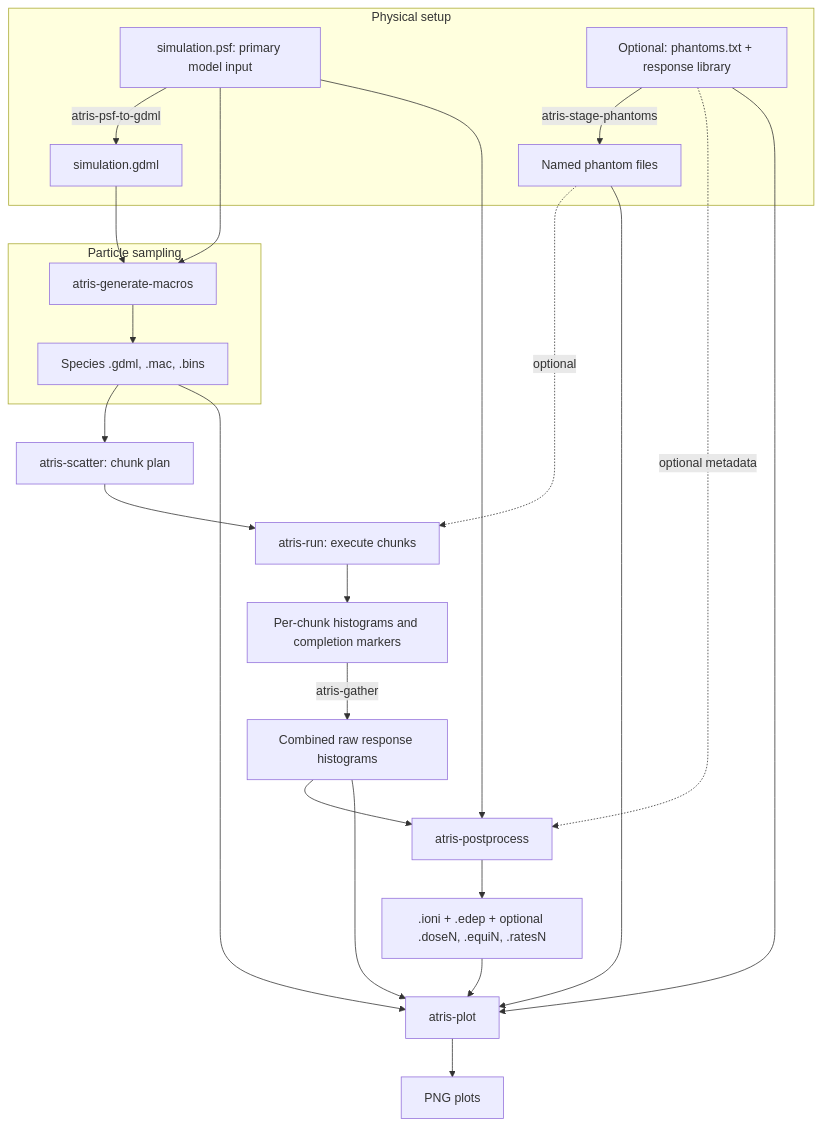
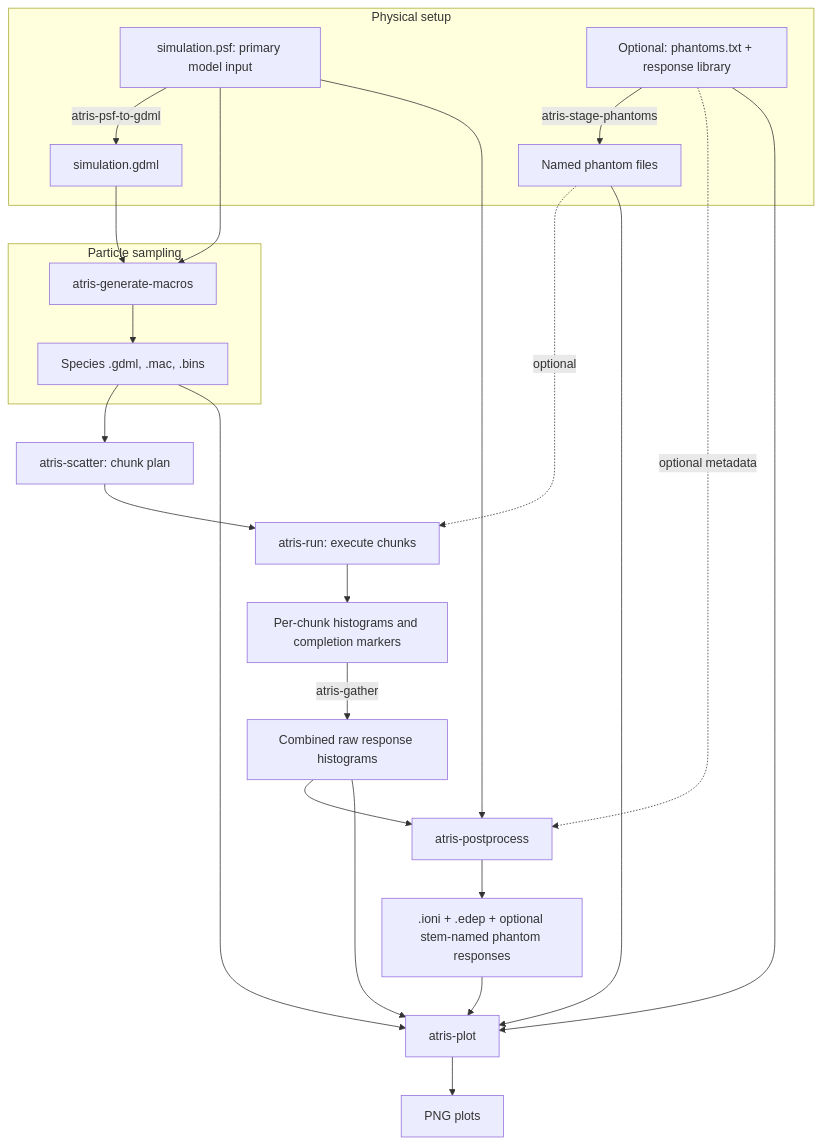
Before and after one commit to svaberg/atris: the diagram in docs/tutorials/files-through-workflow.md, drawn with Mermaid. The commit also changed other lines of this file and 40 other files, not shown here.

Commit message:
Support named phantom response channels

````diff
--- a/docs/tutorials/files-through-workflow.md
+++ b/docs/tutorials/files-through-workflow.md
@@ -26,28 +26,28 @@
 ```mermaid
 flowchart TD
     subgraph Physical["Physical setup"]
         B["simulation.psf: primary model input"]
         B -->|atris-psf-to-gdml| C["simulation.gdml"]
         F["Optional: phantoms.txt + response library"] -->|atris-stage-phantoms| G["Named phantom files"]
     end
     subgraph Sampling["Particle sampling"]
         D["atris-generate-macros"] --> E["Species .gdml, .mac, .bins"]
     end
     B --> D
     C --> D
     E --> S["atris-scatter: chunk plan"]
     S --> H["atris-run: execute chunks"]
     G -. optional .-> H
     H --> Q["Per-chunk histograms and completion markers"]
     Q -->|atris-gather| I["Combined raw response histograms"]
     I --> J["atris-postprocess"]
     B --> J
     F -. optional metadata .-> J
-    J --> K[".ioni + .edep + optional .doseN, .equiN, .ratesN"]
+    J --> K[".ioni + .edep + optional stem-named phantom responses"]
     K --> L["atris-plot"]
     I --> L
     E --> L
     G --> L
     F --> L
     L --> M["PNG plots"]
 ```
````
